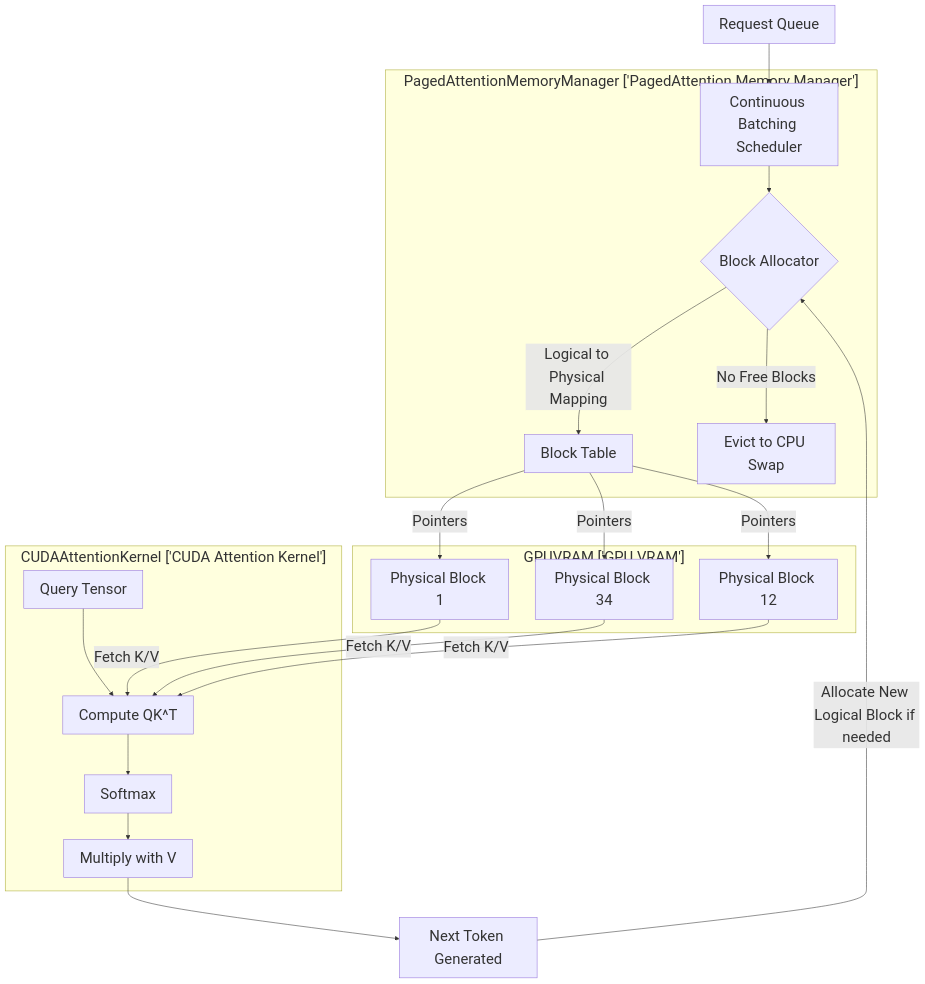
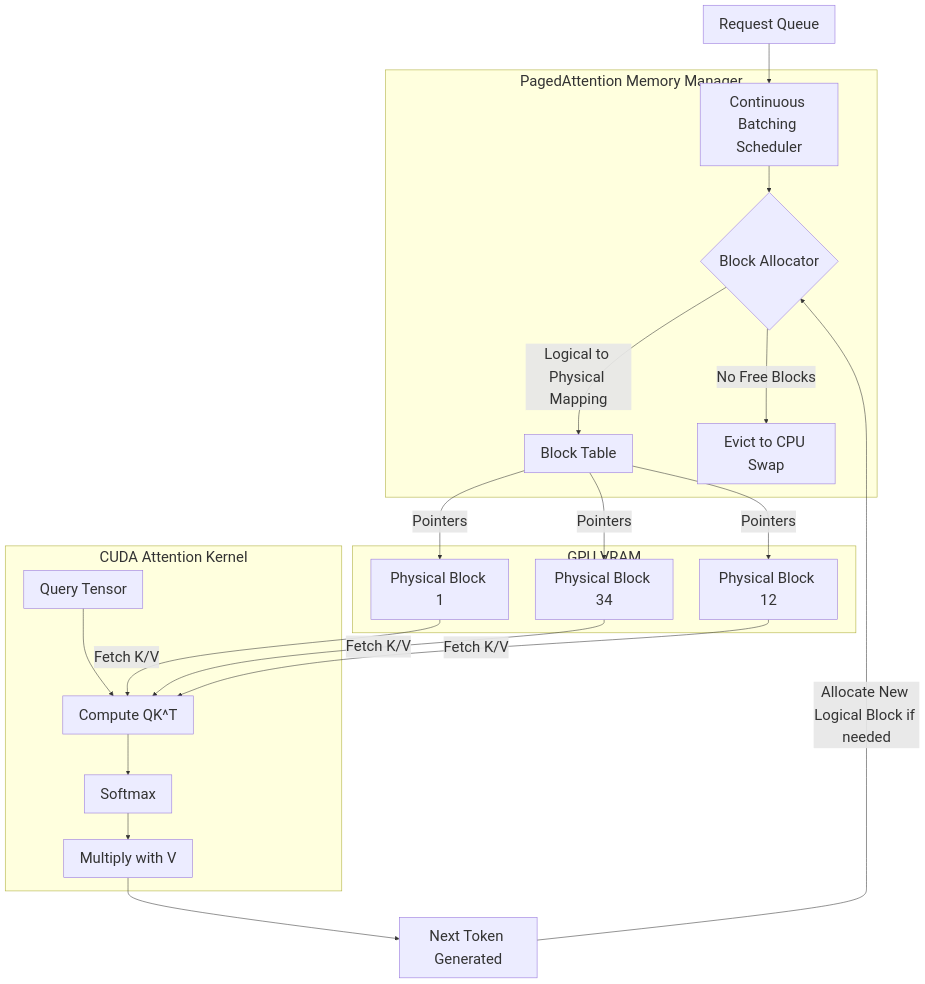
Before and after one commit to j4flmao/agent-skills: the diagram in skills/ai/llm-engineering/kv-cache/SKILL.md, drawn with Mermaid. The commit also changed 38 other files, not shown here.

Commit message:
style(skills): Add padding to Mermaid subgraphs to prevent label overlap with nodes

````diff
--- a/skills/ai/llm-engineering/kv-cache/SKILL.md
+++ b/skills/ai/llm-engineering/kv-cache/SKILL.md
@@ -27,29 +27,29 @@
 ```mermaid
 %%{init: {"theme": "default", "themeVariables": {"fontSize": "28px"}, "flowchart": {"useMaxWidth": false}}}%%
 flowchart TD
     A[Request Queue] --> B[Continuous Batching Scheduler]
     
-    subgraph PagedAttentionMemoryManagerPagedAttentionMemoryManager ["PagedAttentionMemoryManager ['PagedAttention Memory Manager']"]
+    subgraph PagedAttentionMemoryManagerPagedAttentionMemoryManager ["PagedAttention Memory Manager<br/>"]
         B --> C{Block Allocator}
         C -->|Logical to Physical Mapping| D[Block Table]
         C -->|No Free Blocks| E[Evict to CPU Swap]
     end
     
-    subgraph GPUVRAMGPUVRAM ["GPUVRAM ['GPU VRAM']"]
+    subgraph GPUVRAMGPUVRAM ["GPU VRAM<br/>"]
         D -->|Pointers| F[Physical Block 1]
         D -->|Pointers| G[Physical Block 34]
         D -->|Pointers| H[Physical Block 12]
     end
     
-    subgraph CUDAAttentionKernelCUDAAttentionKernel ["CUDAAttentionKernel ['CUDA Attention Kernel']"]
+    subgraph CUDAAttentionKernelCUDAAttentionKernel ["CUDA Attention Kernel<br/>"]
         I[Query Tensor] --> J[Compute QK^T]
         F -->|Fetch K/V| J
         G -->|Fetch K/V| J
         H -->|Fetch K/V| J
         J --> K[Softmax]
         K --> L[Multiply with V]
     end
     
     L --> M[Next Token Generated]
     M -->|Allocate New Logical Block if needed| C
 ```
````
